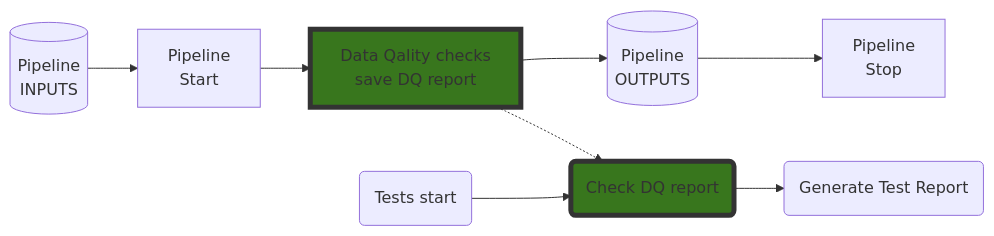
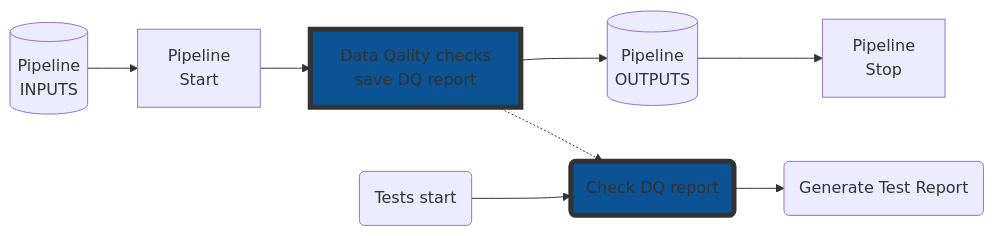
One commit to kravchenkog/dq_integration_example changed the first of 2 diagrams in README.md. Above: the diagram before and after it, drawn with Mermaid. The commit also changed other lines of this file, not shown here.

````diff
--- a/README.md
+++ b/README.md
@@ -26,11 +26,11 @@
 ```mermaid
     flowchart LR
-    style C fill:#38761d,stroke:#333,stroke-width:5px
-    style G fill:#38761d,stroke:#333,stroke-width:5px
+    style C fill:#0b5394,stroke:#333,stroke-width:5px
+    style G fill:#0b5394,stroke:#333,stroke-width:5px
     A[(Pipeline </br>INPUTS)] --> B[Pipeline</br> Start]
     B --> C[Data Qality checks </br> save DQ report]
     C --> D[(Pipeline </br>OUTPUTS)] --> E[Pipeline</br> Stop]
     F(Tests start) --> G(Check DQ report) --> H(Generate Test Report)
     C-.->G
 
 ```
````
